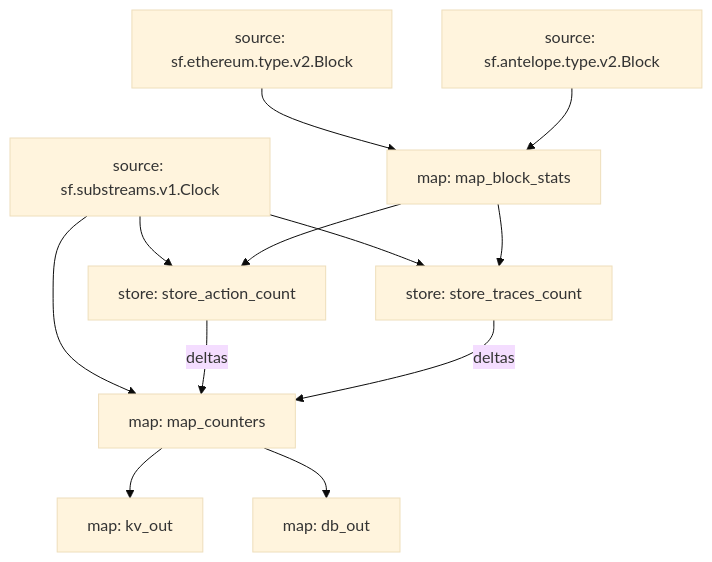
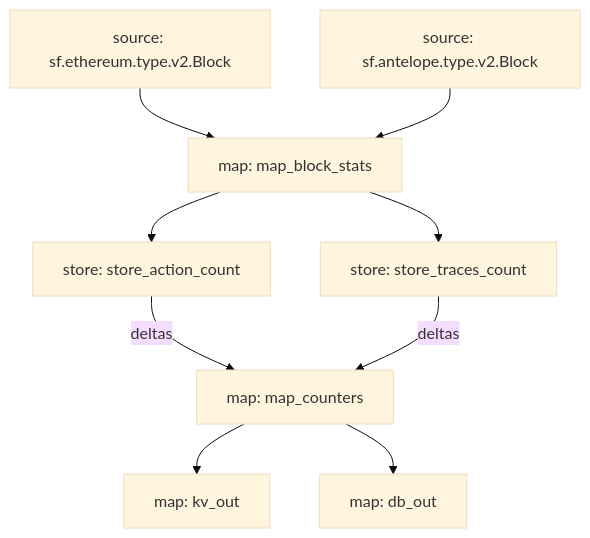
Before and after one commit to pinax-network/subtivity-substreams: the diagram in README.md, drawn with Mermaid (base theme).

Commit message:
remove clock from graph

````diff
--- a/README.md
+++ b/README.md
@@ -40,20 +40,17 @@
 ```mermaid
 graph TD;
   map_block_stats[map: map_block_stats]
   sf.ethereum.type.v2.Block[source: sf.ethereum.type.v2.Block] --> map_block_stats
   sf.antelope.type.v2.Block[source: sf.antelope.type.v2.Block] --> map_block_stats
   store_traces_count[store: store_traces_count]
-  sf.substreams.v1.Clock[source: sf.substreams.v1.Clock] --> store_traces_count
   map_block_stats --> store_traces_count
   store_action_count[store: store_action_count]
-  sf.substreams.v1.Clock[source: sf.substreams.v1.Clock] --> store_action_count
   map_block_stats --> store_action_count
   map_counters[map: map_counters]
-  sf.substreams.v1.Clock[source: sf.substreams.v1.Clock] --> map_counters
   store_action_count -- deltas --> map_counters
   store_traces_count -- deltas --> map_counters
   kv_out[map: kv_out]
   map_counters --> kv_out
   db_out[map: db_out]
   map_counters --> db_out
 ```
````
